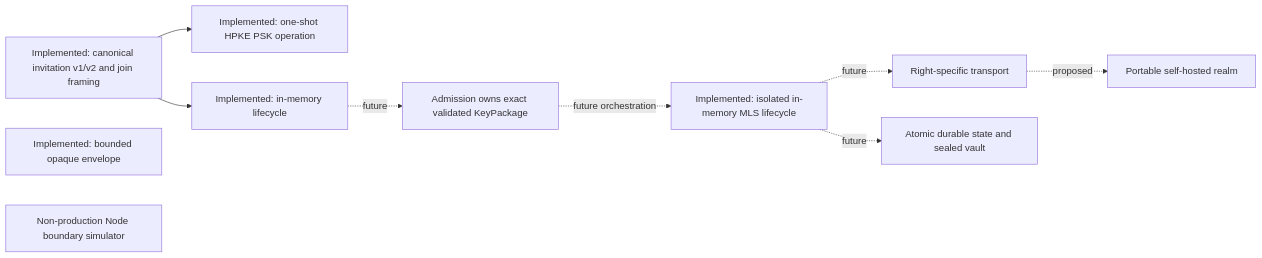
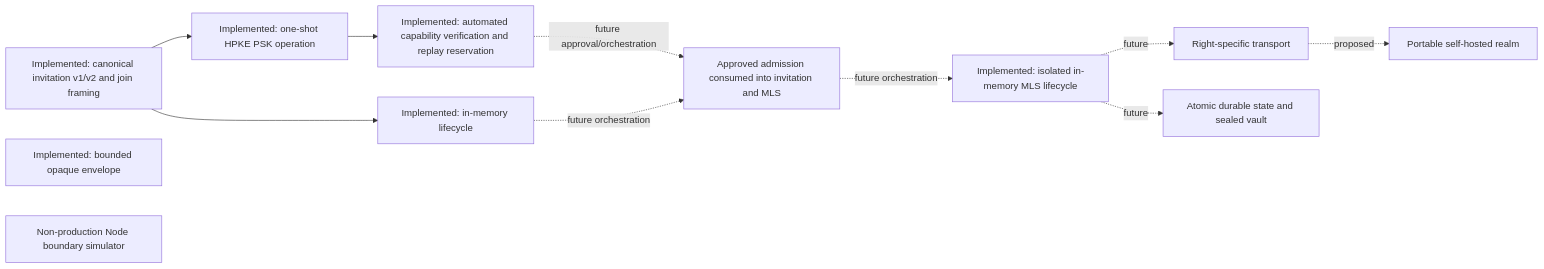
Before and after one commit to dills122/session-chat: the diagram in docs/INDEPENDENT_AUDIT_BRIEF.md, drawn with Mermaid. The commit also changed other lines of this file and 11 other files, not shown here.

Commit message:
docs: record capability admission evidence

````diff
--- a/docs/INDEPENDENT_AUDIT_BRIEF.md
+++ b/docs/INDEPENDENT_AUDIT_BRIEF.md
@@ -70,13 +77,15 @@
 ```mermaid
 flowchart LR
   I["Implemented: canonical invitation v1/v2 and join framing"] --> P["Implemented: one-shot HPKE PSK operation"]
+  P --> C["Implemented: automated capability verification and replay reservation"]
   I --> R["Implemented: in-memory lifecycle"]
   E["Implemented: bounded opaque envelope"]
   M["Implemented: isolated in-memory MLS lifecycle"]
   N["Non-production Node boundary simulator"]
-  R -. future .-> A["Admission owns exact validated KeyPackage"]
+  C -. future approval/orchestration .-> A["Approved admission consumed into invitation and MLS"]
+  R -. future orchestration .-> A
   A -. future orchestration .-> M
   M -. future .-> T["Right-specific transport"]
   M -. future .-> V["Atomic durable state and sealed vault"]
   T -. proposed .-> H["Portable self-hosted realm"]
 ```
````
